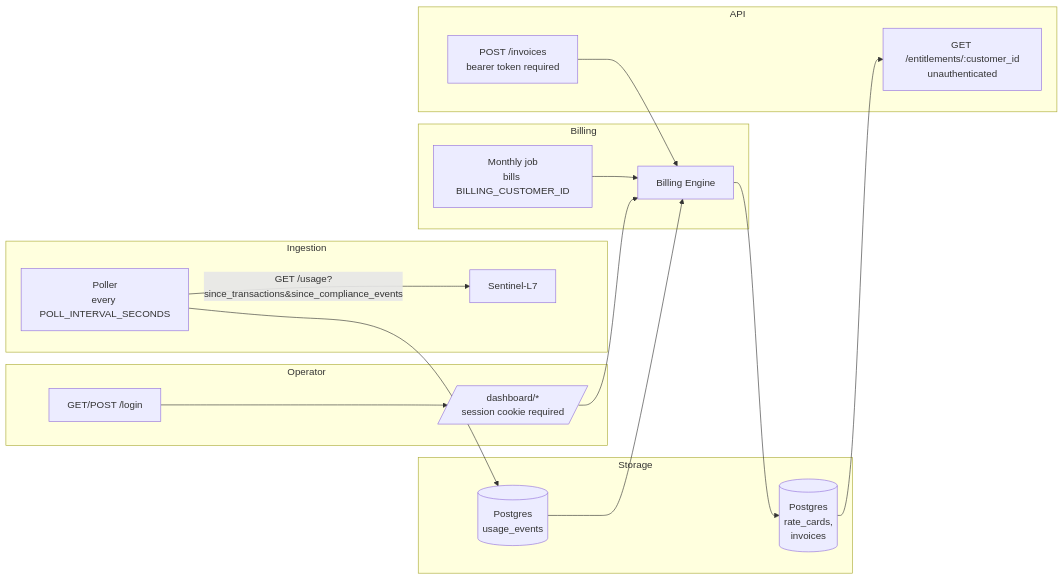
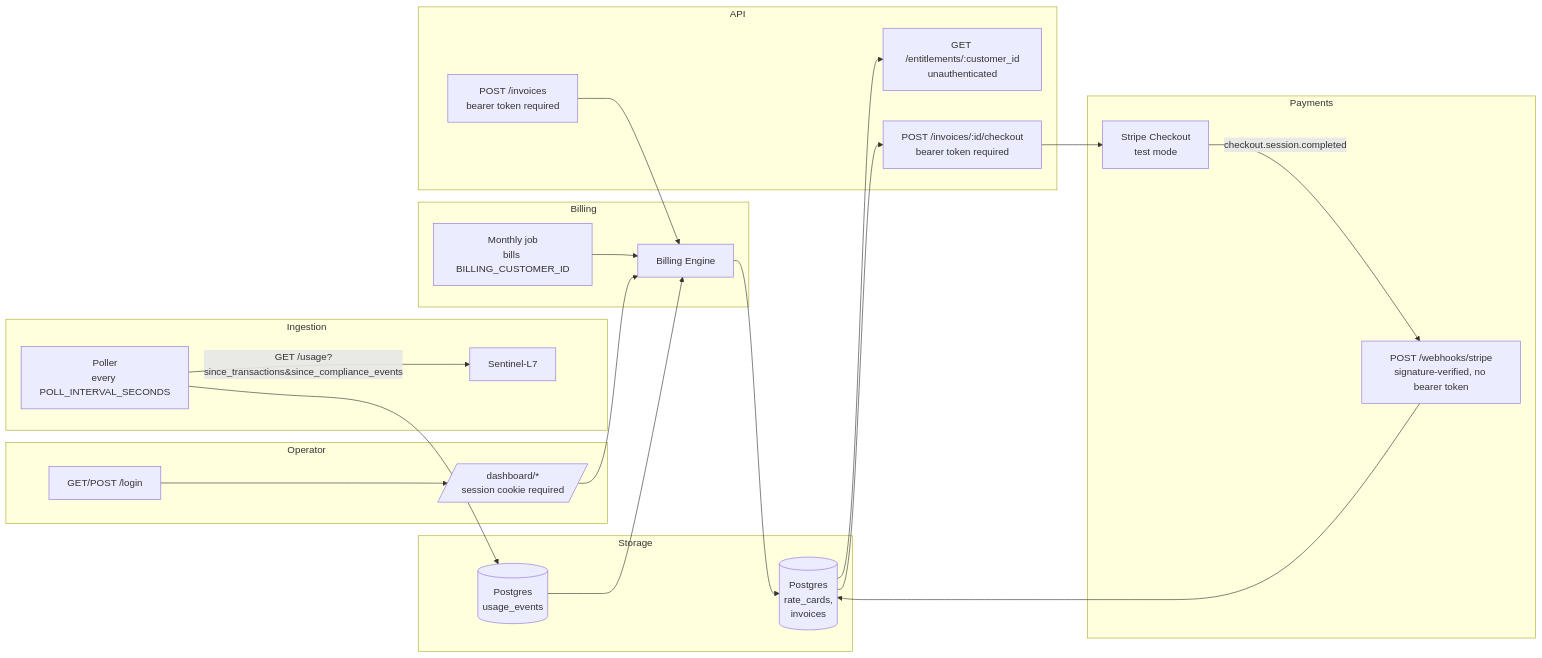
Before and after one commit to obrienma/Ledger-L5: the diagram in README.md, drawn with Mermaid. The commit also changed other lines of this file and 21 other files, not shown here.

First line of the commit message:
feat(billing): add Stripe checkout and webhook for payment collection   (Phase 7)

````diff
--- a/README.md
+++ b/README.md
@@ -88,30 +91,39 @@
 ```mermaid
 flowchart LR
     subgraph Ingestion
         A[Poller<br/>every POLL_INTERVAL_SECONDS] -->|GET /usage?since_transactions&since_compliance_events| B[Sentinel-L7]
     end
     subgraph Storage
         C[(Postgres<br/>usage_events)]
         D[(Postgres<br/>rate_cards,<br/>invoices)]
     end
     subgraph Billing
         E[Billing Engine]
         M[Monthly job<br/>bills BILLING_CUSTOMER_ID]
     end
     subgraph API
         F[GET /entitlements/:customer_id<br/>unauthenticated]
         G[POST /invoices<br/>bearer token required]
+        H[POST /invoices/:id/checkout<br/>bearer token required]
     end
     subgraph Operator
         L[GET/POST /login]
         Dash[/dashboard/*<br/>session cookie required/]
+    end
+    subgraph Payments
+        S[Stripe Checkout<br/>test mode]
+        W[POST /webhooks/stripe<br/>signature-verified, no bearer token]
     end
     A --> C
     C --> E
     M --> E
     E --> D
     D --> F
     G --> E
     L --> Dash
     Dash --> E
+    D --> H
+    H --> S
+    S -->|checkout.session.completed| W
+    W --> D
 ```
````
